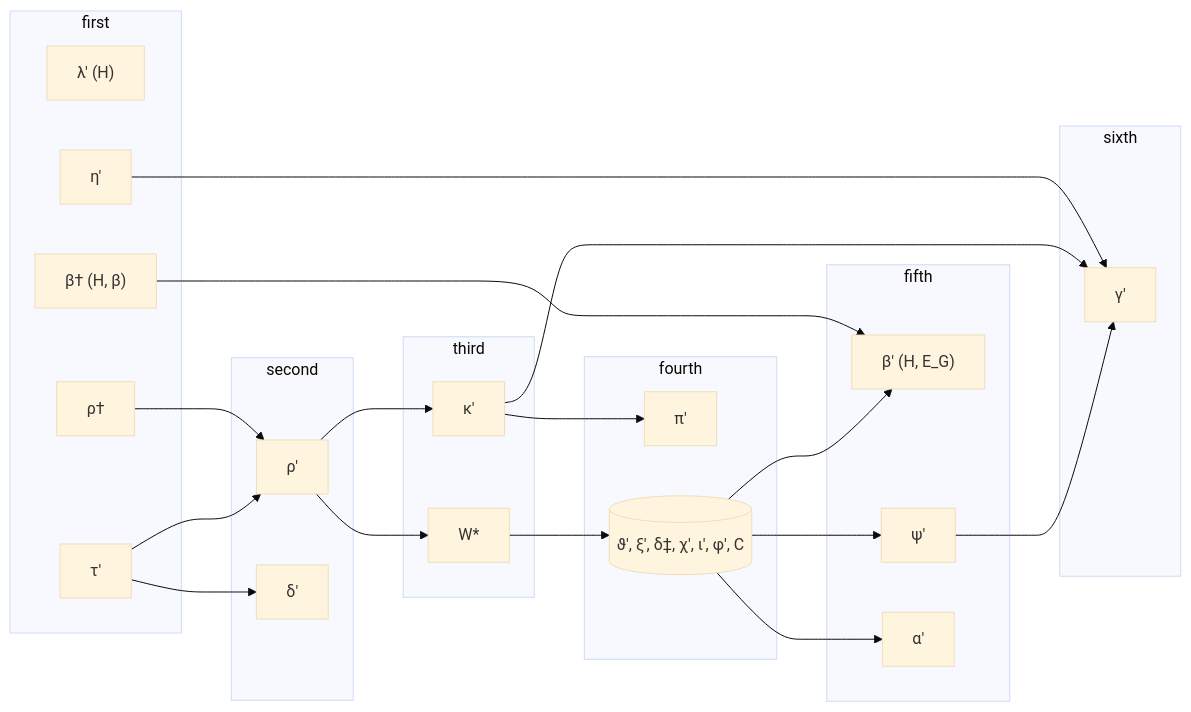
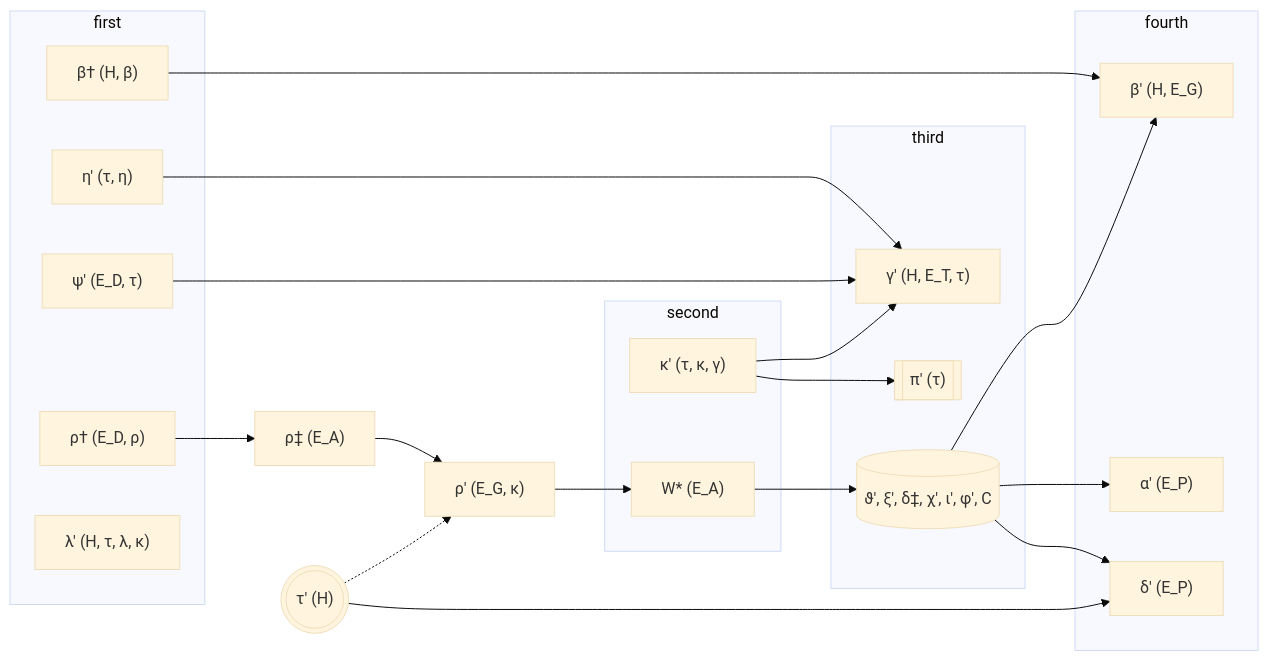
Before and after one commit to spacejamapp/spacejam: the diagram in crates/core/sync/README.md, drawn with Mermaid (base theme). The commit also changed 6 other files, not shown here.

Commit message:
docs(sync): dependency graph with computation steps

````diff
--- a/crates/core/sync/README.md
+++ b/crates/core/sync/README.md
@@ -10,45 +10,5 @@
 ```mermaid
 flowchart LR
-   %% The new block header
-   %% H(H)
-   %% H --> TAU_PRIME
-   %% H --> BETA_DAGGER
-   %% H --> GAMMA_PRIME
-   %% H --> ETA_PRIME
-   %% H --> KAPPA_PRIME
-   %% H --> LAMBDA_PRIME
-   %% H --> OMEGA_PRIME
-
-   %% The accumulation-commitment
-   %% C(C)
-   %% C --> RHO_PRIME
-
-   %% Extrinsic guarantee
-   %% EG[[E_G]]
-   %% EG --> BETA_PRIME
-   %% EG --> RHO_PRIME
-
-   %% Extrinsic Ticket
-   %% ET[[E_T]]
-   %% ET --> GAMMA_PRIME
-   %% ET --> PI_PRIME
-
-   %% The old timeslot index
-   %% TAU((τ))
-   %% TAU --> GAMMA_PRIME
-   %% TAU --> ETA_PRIME
-   %% TAU --> KAPPA_PRIME
-   %% TAU --> LAMBDA_PRIME
-   %% TAU --> PI_PRIME
-
-
-   %% The old block history
-   %% BETA((β))
-   %% BETA --> BETA_DAGGER
-
-   %% The updated TIMESLOTchived validators
-   LAMBDA_PRIME["λ' (H)"]
-
    %% An intermediate value for block history
    BETA_DAGGER["β† (H, β)"]
    BETA_DAGGER --> BETA_PRIME
@@ -56,98 +16,84 @@
    %% The updated block history
    BETA_PRIME["β' (H, E_G)"]
 
-   %% The old validator state
-   %% GAMMA((γ))
-   %% GAMMA --> GAMMA_PRIME
-   %% GAMMA --> KAPPA_PRIME
+   %% The updated authorization pool
+   OMEGA_PRIME["α' (E_P)"]
+
+   %% The updated entropy pool
+   ETA_PRIME["η' (τ, η)"]
+   ETA_PRIME --> GAMMA_PRIME
 
    %% The updated validator state
-   GAMMA_PRIME[γ']
+   GAMMA_PRIME["γ' (H, E_T, τ)"]
 
-   %% The old entropy pool
-   %% ETA((η))
-   %% ETA --> ETA_PRIME
-
-   %% The updated entropy pool
-   ETA_PRIME[η']
-   ETA_PRIME --> GAMMA_PRIME
+   %% The updated judgements
+   PSI_PRIME["ψ' (E_D, τ)"]
+   PSI_PRIME --> GAMMA_PRIME
 
    %% The updated TIMESLOTchived validators
-   KAPPA_PRIME[κ']
+   KAPPA_PRIME["κ' (τ, κ, γ)"]
    KAPPA_PRIME --> GAMMA_PRIME
    KAPPA_PRIME --> PI_PRIME
 
    %% An intermediate value for work reports
-   RHO_DAGGER[ρ†]
-   RHO_DAGGER --> RHO_PRIME
+   RHO_DAGGER["ρ† (E_D, ρ)"]
+   RHO_DAGGER --> RHO_DDAGER
 
-   %%  Another intermediate value for work reports
-   RHO_PRIME[ρ‡]
-   RHO_PRIME --> KAPPA_PRIME
-
-   %% The new timeslot index
-   TAU_PRIME[τ']
-   TAU_PRIME --> RHO_PRIME
-   TAU_PRIME --> DELTA_PRIME
-
-   %% The updated judgements
-   PSI_PRIME[ψ']
-   PSI_PRIME --> GAMMA_PRIME
+   %% Another intermediate value for work reports
+   RHO_DDAGER["ρ‡ (E_A)"]
+   RHO_DDAGER --> RHO_PRIME
 
    %% The updated report state
-   RHO_PRIME[ρ']
+   RHO_PRIME["ρ' (E_G, κ)"]
    RHO_PRIME --> WORK_REPORTS
 
    %% The set of work-reports ready for accumulation
-   WORK_REPORTS[W*]
+   WORK_REPORTS["W* (E_A)"]
    WORK_REPORTS --> ACCUMULATION
 
    %% accumulation
    ACCUMULATION[(ϑ', ξ', δ‡, χ', ι', φ', C)]
-   ACCUMULATION --> PSI_PRIME
    ACCUMULATION --> BETA_PRIME
+   ACCUMULATION --> DELTA_PRIME
    ACCUMULATION --> OMEGA_PRIME
 
    %% The updated service state
-   DELTA_PRIME[δ']
-
-   %% The updated authorization pool
-   OMEGA_PRIME[α']
+   DELTA_PRIME["δ' (E_P)"]
 
    %% The updated statistics state
-   PI_PRIME[π']
+   PI_PRIME[["π' (τ)"]]
+
+   %% The updated TIMESLOTchived validators
+   LAMBDA_PRIME["λ' (H, τ, λ, κ)"]
+
+   %% The new timeslot index
+   TAU_PRIME((("τ' (H)")))
+   TAU_PRIME ---> DELTA_PRIME
+   TAU_PRIME -.-> RHO_PRIME
 
    %% computation orders
    subgraph "first"
    LAMBDA_PRIME
+   PSI_PRIME
    RHO_DAGGER
-   TAU_PRIME
    BETA_DAGGER
    ETA_PRIME
    end
 
    subgraph "second"
-   DELTA_PRIME
-   RHO_PRIME
-   end
-
-   subgraph "third"
    KAPPA_PRIME
    WORK_REPORTS
    end
 
-   subgraph "fourth"
+   subgraph "third"
+   GAMMA_PRIME
    PI_PRIME
    ACCUMULATION
    end
 
-   subgraph "fifth"
+   subgraph "fourth"
    BETA_PRIME
-   PSI_PRIME
    OMEGA_PRIME
-   end
-
-   subgraph "sixth"
-   GAMMA_PRIME
+   DELTA_PRIME
    end
 ```
````
